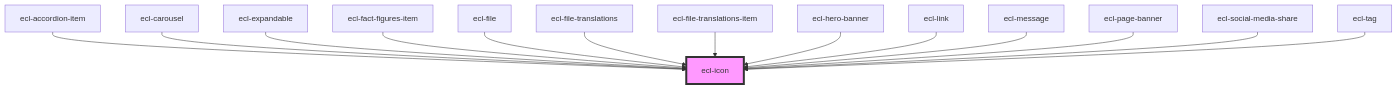
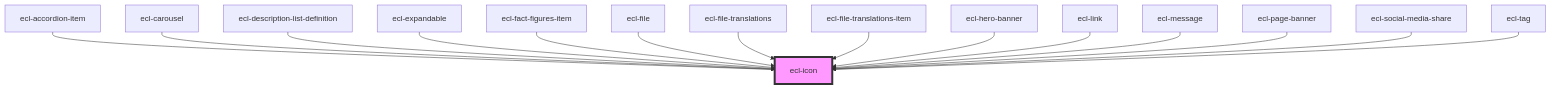
The diagram in src/components/ecl-icon/readme.md (ec-europa/ecl-webcomponents), drawn with Mermaid before and after one commit. The commit also changed other lines of this file and 14 other files, not shown here.

Commit message:
chore(webcomponents): Adding description list (with issues)

````diff
--- a/src/components/ecl-icon/readme.md
+++ b/src/components/ecl-icon/readme.md
@@ -39,17 +40,18 @@
 ```mermaid
 graph TD;
   ecl-accordion-item --> ecl-icon
   ecl-carousel --> ecl-icon
+  ecl-description-list-definition --> ecl-icon
   ecl-expandable --> ecl-icon
   ecl-fact-figures-item --> ecl-icon
   ecl-file --> ecl-icon
   ecl-file-translations --> ecl-icon
   ecl-file-translations-item --> ecl-icon
   ecl-hero-banner --> ecl-icon
   ecl-link --> ecl-icon
   ecl-message --> ecl-icon
   ecl-page-banner --> ecl-icon
   ecl-social-media-share --> ecl-icon
   ecl-tag --> ecl-icon
   style ecl-icon fill:#f9f,stroke:#333,stroke-width:4px
 ```
````
